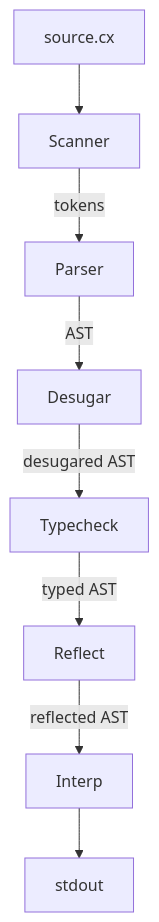
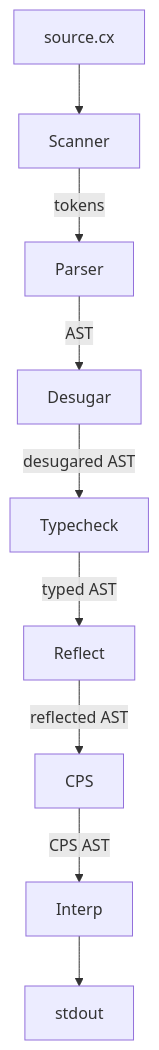
The diagram in internal-docs/architecture.md (brendancron/Compiler), drawn with Mermaid before and after one commit. The commit also changed 2 other files, not shown here.

Commit message:
Add effect system design notes
Records the decisions for effect rows and the selective CPS pass, with Koka
(Leijen) as the reference architecture: rows over effect labels, scoped rows
with duplicate labels, row polymorphism with unification rather than
subtyping, and inferred-open / written-closed rows.

Also notes two things that fall out. An unconstrained row must default to
empty at resolve time or typeof starts printing row variables and the shared
typeof fixtures break. And CPS marking should key on ctl reachability rather
than a non-empty row, since fn operations are tail-resumptive and need no
continuation.

````diff
--- a/internal-docs/architecture.md
+++ b/internal-docs/architecture.md
@@ -3,11 +3,12 @@
 ```mermaid
 flowchart TD
     src["source.cx"]
     src --> scanner["Scanner"]
     scanner -->|"tokens"| parser["Parser"]
     parser -->|"AST"| desugar["Desugar"]
     desugar -->|"desugared AST"| check["Typecheck"]
     check -->|"typed AST"| reflect["Reflect"]
-    reflect -->|"reflected AST"| interp["Interp"]
+    reflect -->|"reflected AST"| cps["CPS"]
+    cps -->|"CPS AST"| interp["Interp"]
     interp --> out["stdout"]
 ```
````
